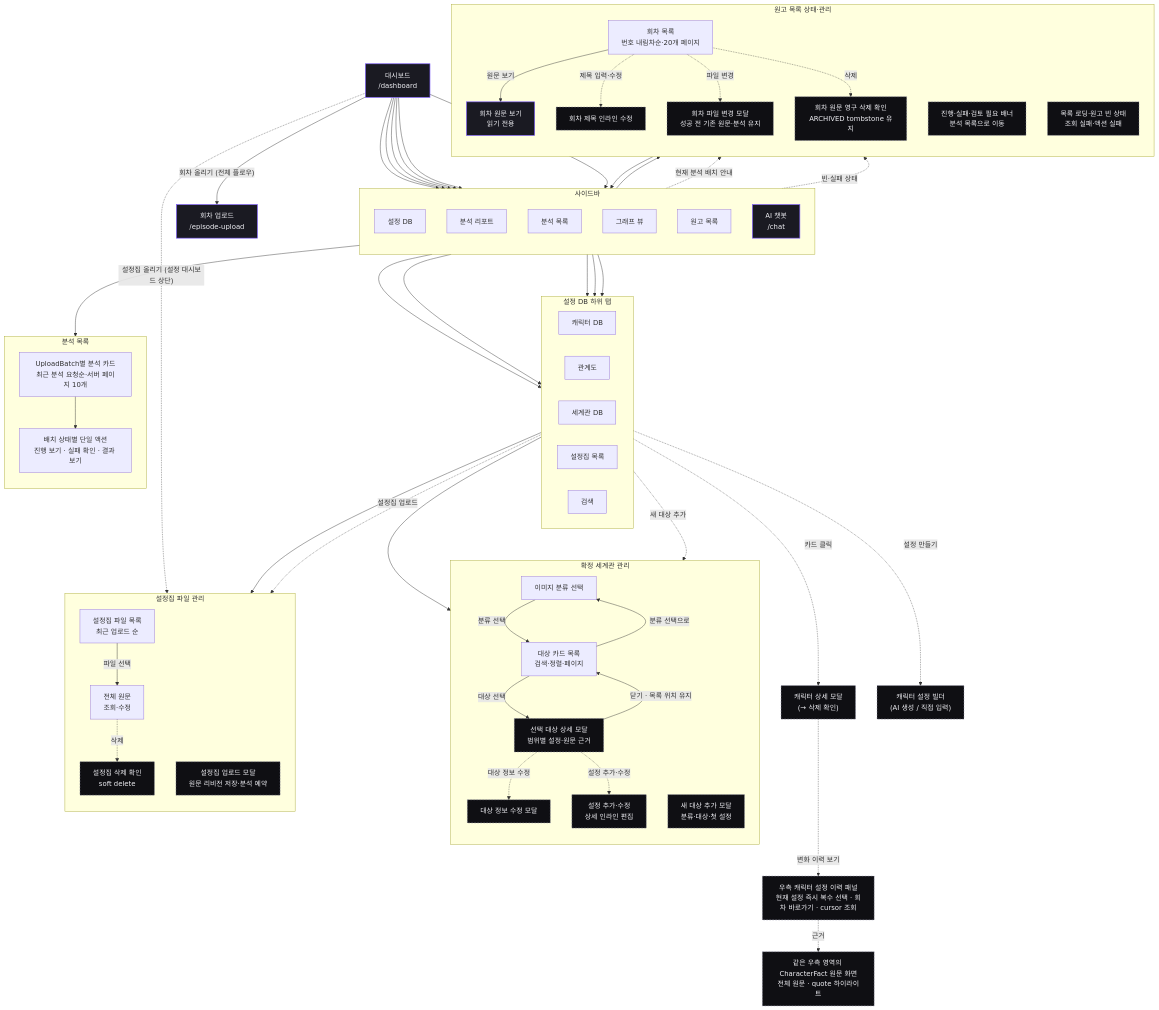
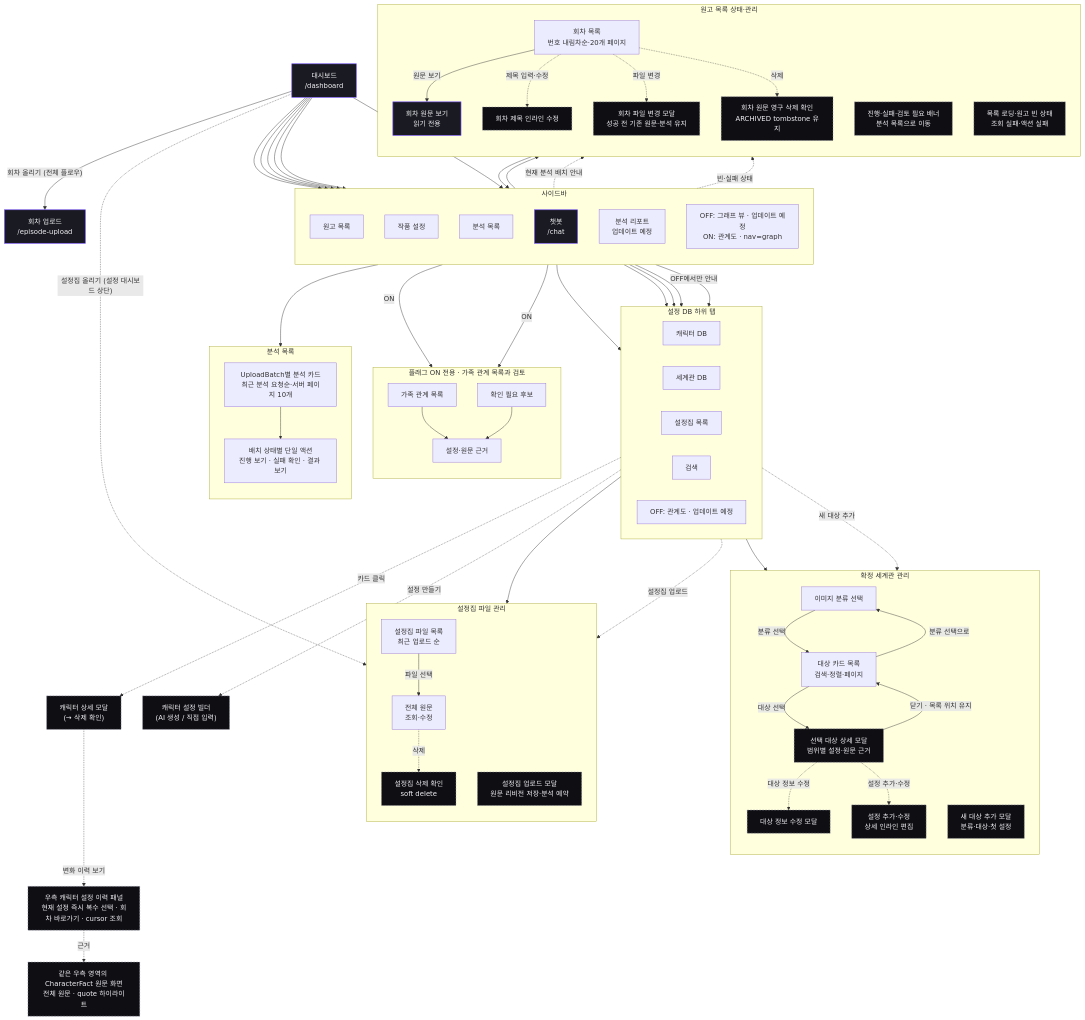
The seventh of 13 diagrams in docs/screen-flow.md (catchhole-soma/catchhole-front), drawn with Mermaid before and after one commit. The commit also changed other lines of this file and 23 other files, not shown here.

Commit message:
fix(relationships): 관계도 화면을 기본 비공개로 준비한다

```diff
--- a/docs/screen-flow.md
+++ b/docs/screen-flow.md
@@ -363,12 +366,12 @@
 
   subgraph SIDEBAR["사이드바"]
     direction TB
-    nav_settingDB["설정 DB"]
-    nav_reports["분석 리포트"]
+    nav_manuscripts["원고 목록"]
+    nav_settingDB["작품 설정"]
     nav_analyses["분석 목록"]
-    nav_graph["그래프 뷰"]
-    nav_manuscripts["원고 목록"]
-    nav_chat["AI 챗봇<br/>/chat"]:::private
+    nav_chat["챗봇<br/>/chat"]:::private
+    nav_reports["분석 리포트<br/>업데이트 예정"]
+    nav_graph["OFF: 그래프 뷰 · 업데이트 예정<br/>ON: 관계도 · nav=graph"]
   end
 
   dashboard --> nav_settingDB
@@ -381,12 +384,23 @@
   subgraph TABS["설정 DB 하위 탭"]
     direction LR
     t_char["캐릭터 DB"]
-    t_rel["관계도"]
     t_worlddb["세계관 DB"]
     t_world["설정집 목록"]
     t_search["검색"]
+    t_relations["OFF: 관계도 · 업데이트 예정"]
   end
-  nav_settingDB --> t_char & t_worlddb & t_rel & t_world & t_search
+  nav_settingDB --> t_char & t_worlddb & t_world & t_search
+  nav_settingDB -->|OFF에서만 안내| t_relations
+
+  subgraph RELATIONSHIPS["플래그 ON 전용 · 가족 관계 목록과 검토"]
+    direction TB
+    relation_list["가족 관계 목록"]
+    relation_review["확인 필요 후보"]
+    relation_evidence["설정·원문 근거"]
+  end
+  nav_graph -->|ON| relation_list & relation_review
+  relation_list --> relation_evidence
+  relation_review --> relation_evidence
 
   subgraph ANALYSES["분석 목록"]
     direction TB
```
